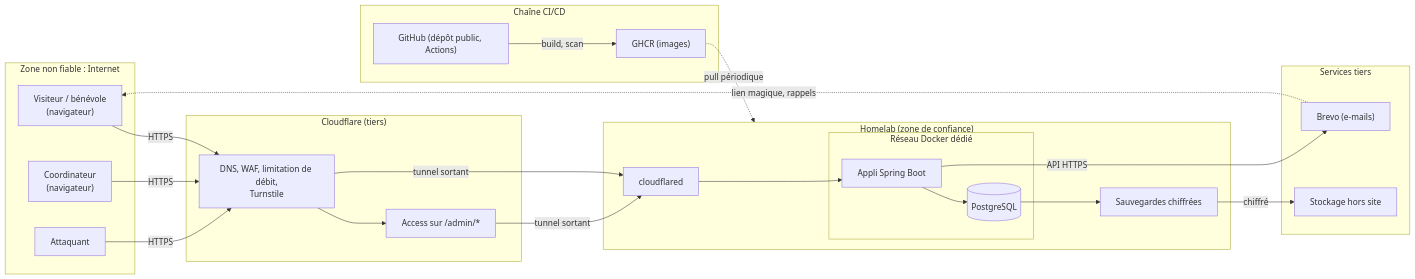
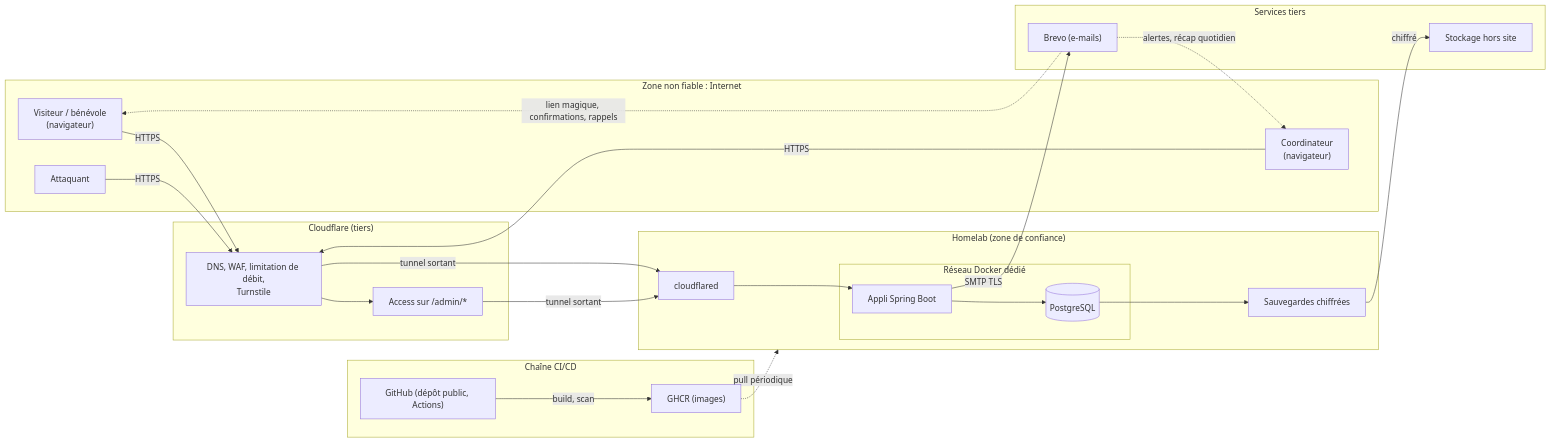
Before and after one commit to marcocopops/hiver-solidaire: the diagram in docs/securite/modele-de-menaces.md, drawn with Mermaid. The commit also changed other lines of this file and 74 other files, not shown here.

First line of the commit message:
feat: e-mails automatiques (confirmation, rappel, alertes, récap) (S5a) (#33)

````diff
--- a/docs/securite/modele-de-menaces.md
+++ b/docs/securite/modele-de-menaces.md
@@ -16,47 +16,48 @@
 ```mermaid
 flowchart LR
     subgraph Internet["Zone non fiable : Internet"]
         V["Visiteur / bénévole<br/>(navigateur)"]
         C["Coordinateur<br/>(navigateur)"]
         A["Attaquant"]
     end
 
     subgraph CF["Cloudflare (tiers)"]
         E["DNS, WAF, limitation de débit,<br/>Turnstile"]
         AC["Access sur /admin/*"]
     end
 
     subgraph Home["Homelab (zone de confiance)"]
         T["cloudflared"]
         subgraph Net["Réseau Docker dédié"]
             APP["Appli Spring Boot"]
             DB[("PostgreSQL")]
         end
         BK["Sauvegardes chiffrées"]
     end
 
     subgraph Tiers["Services tiers"]
         BR["Brevo (e-mails)"]
         OFF["Stockage hors site"]
     end
 
     subgraph CI["Chaîne CI/CD"]
         GH["GitHub (dépôt public, Actions)"]
         REG["GHCR (images)"]
     end
 
     V -->|HTTPS| E
     A -->|HTTPS| E
     C -->|HTTPS| E
     E --> AC
     E -->|tunnel sortant| T
     AC -->|tunnel sortant| T
     T --> APP
     APP --> DB
-    APP -->|API HTTPS| BR
-    BR -.->|lien magique, rappels| V
+    APP -->|SMTP TLS| BR
+    BR -.->|lien magique, confirmations, rappels| V
+    BR -.->|alertes, récap quotidien| C
     DB --> BK
     BK -->|chiffré| OFF
     GH -->|build, scan| REG
     REG -.->|pull périodique| Home
 ```
````
